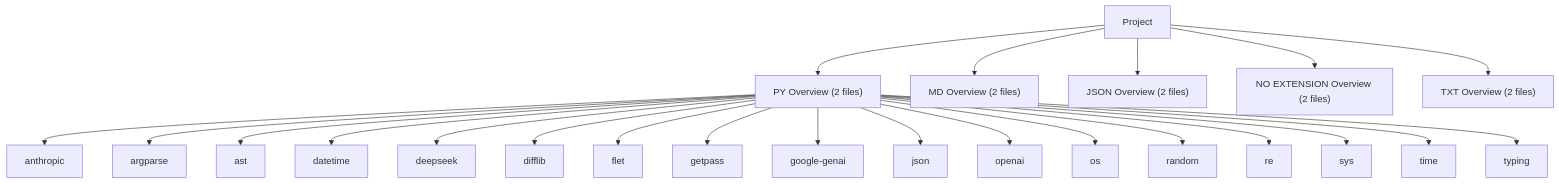
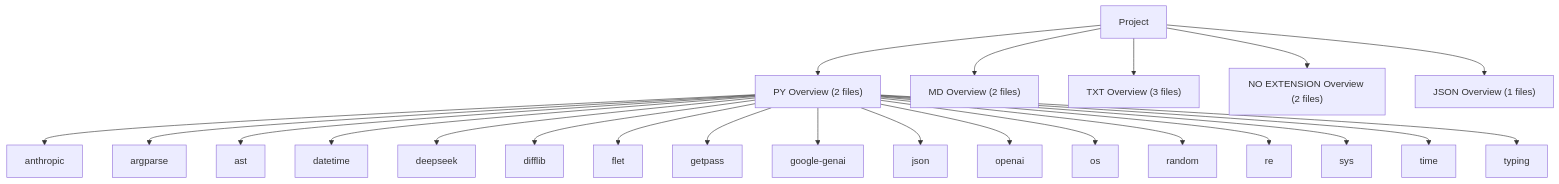
The second of 7 diagrams in readme.md (lystwork/ndaversis), drawn with Mermaid before and after one commit. The commit also changed other lines of this file and 3 other files, not shown here.

````diff
--- a/readme.md
+++ b/readme.md
@@ -272,25 +273,25 @@
 ```mermaid
 graph TD
     Project --> lang_PY["PY Overview (2 files)"]
     lang_PY --> dep_anthropic["anthropic"]
     lang_PY --> dep_argparse["argparse"]
     lang_PY --> dep_ast["ast"]
     lang_PY --> dep_datetime["datetime"]
     lang_PY --> dep_deepseek["deepseek"]
     lang_PY --> dep_difflib["difflib"]
     lang_PY --> dep_flet["flet"]
     lang_PY --> dep_getpass["getpass"]
     lang_PY --> dep_google_genai["google-genai"]
     lang_PY --> dep_json["json"]
     lang_PY --> dep_openai["openai"]
     lang_PY --> dep_os["os"]
     lang_PY --> dep_random["random"]
     lang_PY --> dep_re["re"]
     lang_PY --> dep_sys["sys"]
     lang_PY --> dep_time["time"]
     lang_PY --> dep_typing["typing"]
     Project --> lang_MD["MD Overview (2 files)"]
-    Project --> lang_JSON["JSON Overview (2 files)"]
+    Project --> lang_TXT["TXT Overview (3 files)"]
     Project --> lang_NO_EXTENSION["NO EXTENSION Overview (2 files)"]
-    Project --> lang_TXT["TXT Overview (2 files)"]
+    Project --> lang_JSON["JSON Overview (1 files)"]
 ```
````
